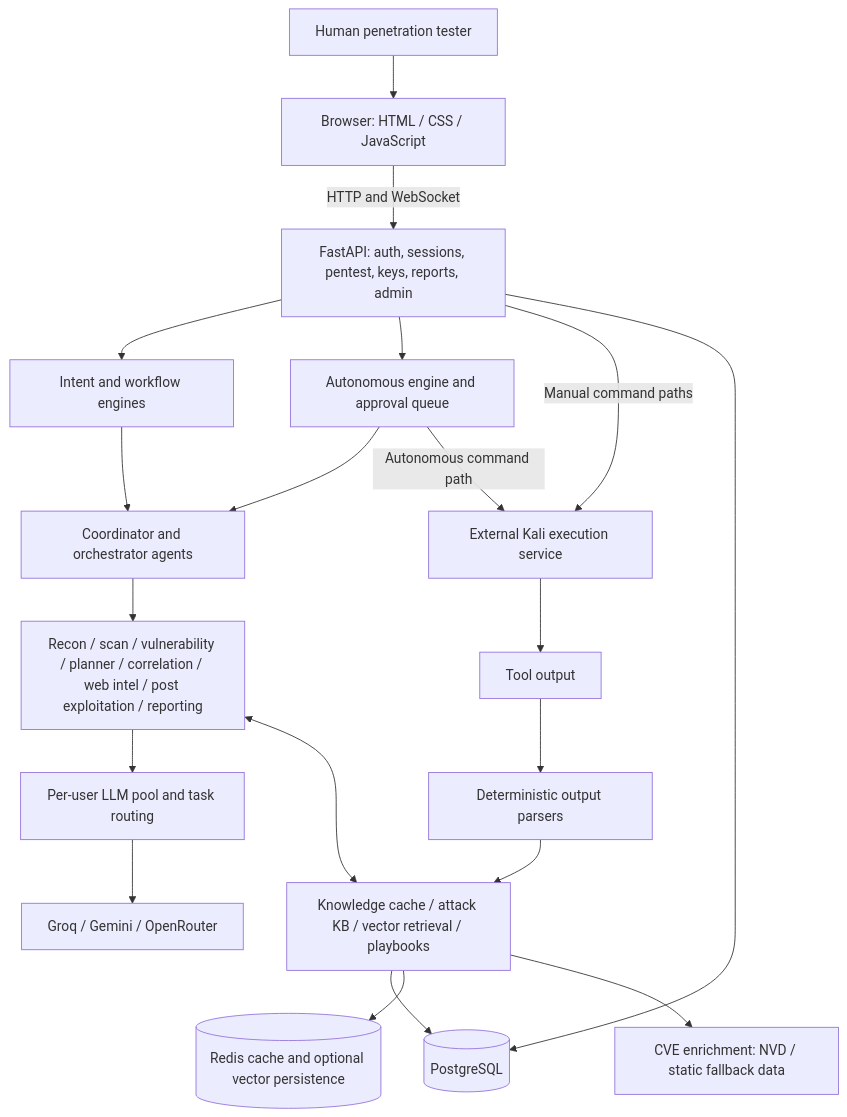
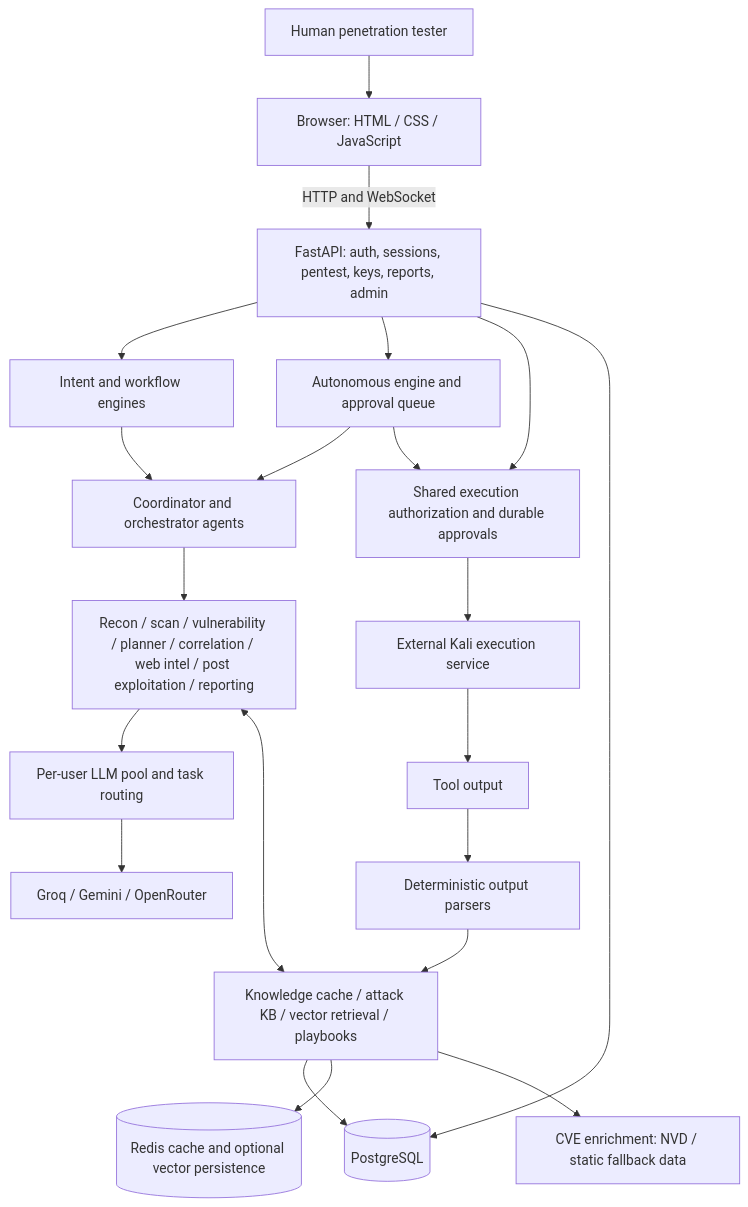
The first of 2 diagrams in README.md (Hrr-Yassin/ARIA), drawn with Mermaid before and after one commit. The commit also changed other lines of this file and 85 other files, not shown here.

````diff
--- a/README.md
+++ b/README.md
@@ -11,22 +11,23 @@
 ```mermaid
 flowchart TD
     Human[Human penetration tester] --> UI[Browser: HTML / CSS / JavaScript]
     UI -->|HTTP and WebSocket| API[FastAPI: auth, sessions, pentest, keys, reports, admin]
     API --> Intent[Intent and workflow engines]
     Intent --> Coordinator[Coordinator and orchestrator agents]
     Coordinator --> Specialists[Recon / scan / vulnerability / planner / correlation / web intel / post exploitation / reporting]
     Specialists --> Pool[Per-user LLM pool and task routing]
     Pool --> Providers[Groq / Gemini / OpenRouter]
     Specialists <--> Memory[Knowledge cache / attack KB / vector retrieval / playbooks]
     API --> Auto[Autonomous engine and approval queue]
     Auto --> Coordinator
-    API -->|Manual command paths| Kali[External Kali execution service]
-    Auto -->|Autonomous command path| Kali
+    API --> Gate[Shared execution authorization and durable approvals]
+    Auto --> Gate
+    Gate --> Kali[External Kali execution service]
     Kali --> Results[Tool output]
     Results --> Parsers[Deterministic output parsers]
     Parsers --> Memory
     API --> SQL[(PostgreSQL)]
     Memory --> SQL
     Memory --> Redis[(Redis cache and optional vector persistence)]
     Memory --> CVE[CVE enrichment: NVD / static fallback data]
 ```
````
